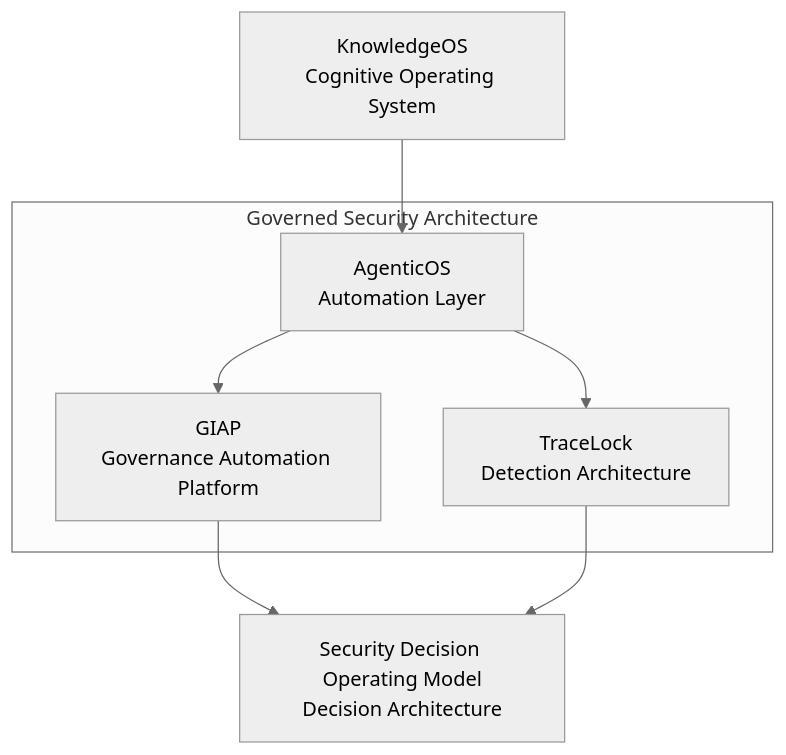
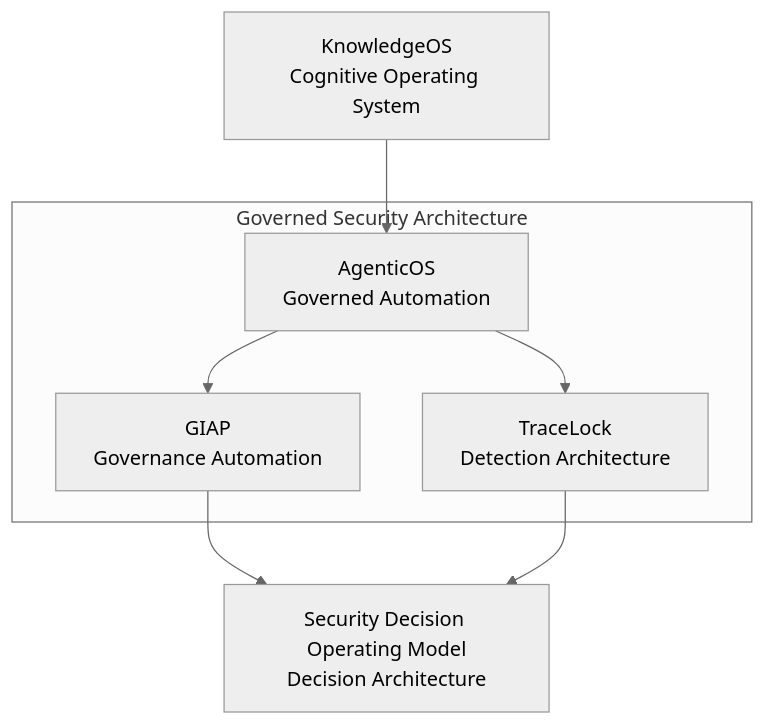
The diagram in docs/architecture/governed-security-architecture.md (Pharns/portfolio), drawn with Mermaid (neutral theme) before and after one commit. The commit also changed other lines of this file and 10 other files, not shown here.

First line of the commit message:
docs(architecture): Phase 2 — capstone pages, governed architecture depth, cross-links

````diff
--- a/docs/architecture/governed-security-architecture.md
+++ b/docs/architecture/governed-security-architecture.md
@@ -7,20 +7,20 @@
 ```mermaid
 flowchart TD
 
     SDOM[Security Decision Operating Model<br>Decision Architecture]
 
     subgraph Architecture[Governed Security Architecture]
-        GIAP[GIAP<br>Governance Automation Platform]
+        GIAP[GIAP<br>Governance Automation]
         TRACELOCK[TraceLock<br>Detection Architecture]
-        AGENTICOS[AgenticOS<br>Automation Layer]
+        AGENTICOS[AgenticOS<br>Governed Automation]
     end
 
     KNOWLEDGEOS[KnowledgeOS<br>Cognitive Operating System]
 
     KNOWLEDGEOS --> AGENTICOS
     AGENTICOS --> GIAP
     AGENTICOS --> TRACELOCK
 
     GIAP --> SDOM
     TRACELOCK --> SDOM
 ```
````
